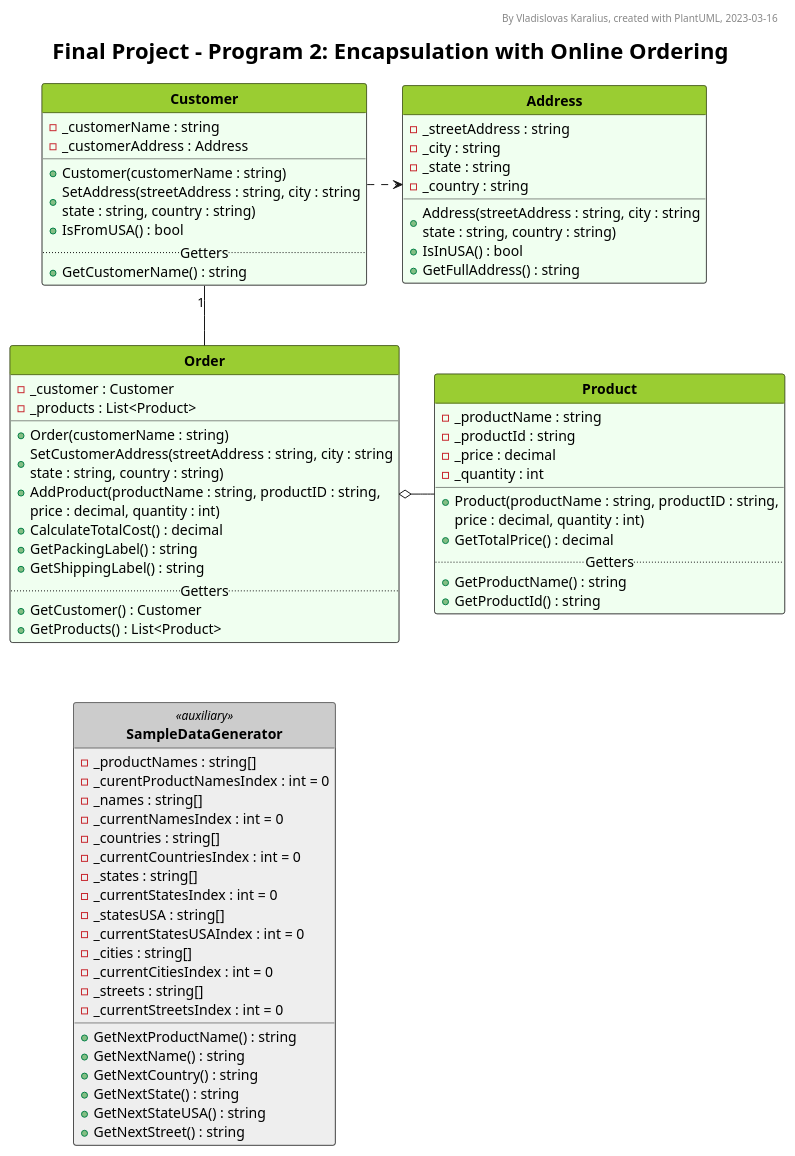
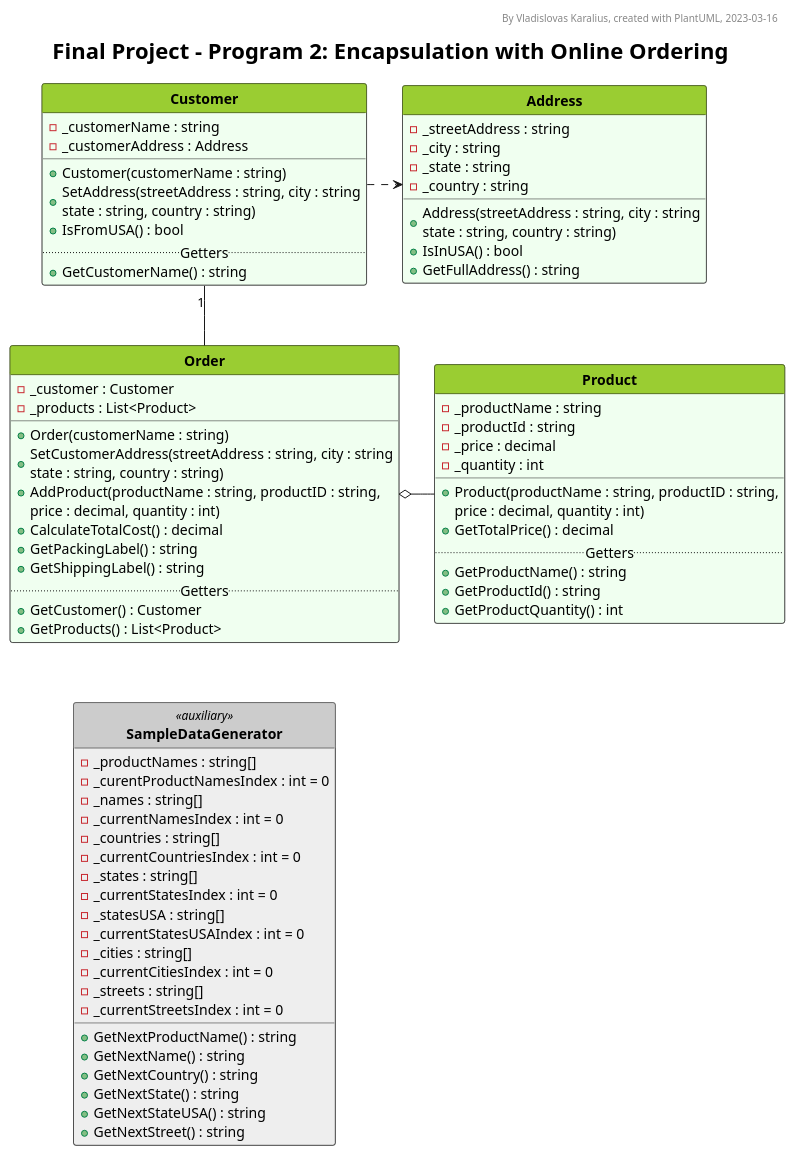
Before and after one commit to VladKaralius/cse210-projects: the diagram in final/Foundation2/UML_diagram.pu, drawn with PlantUML. The commit also changed 3 other files, not shown here.

```diff
--- a/final/Foundation2/UML_diagram.pu
+++ b/final/Foundation2/UML_diagram.pu
@@ -1,168 +1,169 @@
 @startuml UML_diagram
 
 '--Formatting options--
 hide circle
 hide empty members
 'skinparam classAttributeIconSize 0
 skinparam style strictuml
 'skinparam groupInheritance 2
 'skinparam linetype ortho
 'skinparam Nodesep 15
 'skinparam Ranksep 25
 'left to right direction
 
 '--Styling--
 'skinparam BackgroundColor White/LightGreen
 skinparam TitleFontSize 22
 
 <style>
 classDiagram {
   class {
     '-attributes and methods-
     'FontSize 14
     'FontColor black
     'BackgroundColor #fefece
     BackgroundColor #f0fff0
     'RoundCorner 0
     '-class name-
     header {
       'FontSize 12
       'FontColor Black
       FontStyle bold
       BackgroundColor YellowGreen
     }
     
     ' Alternative class style 1
     .style1 {
       BackgroundColor Bisque
       header {
         BackgroundColor Orange
       }
     }
 
     ' Alternative class style 2
     .auxiliary {
       BackgroundColor #eeeeee
       header {
         BackgroundColor #cccccc
       }
     }
   }
   note {
     BackgroundColor Yellow
   }
   legend {
     FontSize 18
   }
 </style>
 
 '--Header, title, caption--
 header By Vladislovas Karalius, created with PlantUML, 2023-03-16
 title Final Project - Program 2: Encapsulation with Online Ordering
 'caption <:warning:>Constructors without parameters are not shown in this diagram
 
 ' Dummy class that explains visibility symbols
 ' class Markers #dddddd {
 ' Attributes
 ' ..
 ' - private
 ' # protected
 ' + public
 ' {static} static
 ' --
 ' Methods
 ' ..
 ' - private()
 ' # protected()
 ' + public()
 ' {static} static()
 ' }
 
 '--Main--
 class Order {
   - _customer : Customer
   - _products : List<Product> 
   __
   + Order(customerName : string)
   + SetCustomerAddress(streetAddress : string, city : string\nstate : string, country : string)
   + AddProduct(productName : string, productID : string,
     price : decimal, quantity : int)
   + CalculateTotalCost() : decimal
   + GetPackingLabel() : string
   + GetShippingLabel() : string
   ..Getters..
   + GetCustomer() : Customer
   + GetProducts() : List<Product>
 }
 
 class Product {
   - _productName : string
   - _productId : string
   - _price : decimal
   - _quantity : int
   __
   + Product(productName : string, productID : string,
     price : decimal, quantity : int)
   + GetTotalPrice() : decimal
   ..Getters..
   + GetProductName() : string
   + GetProductId() : string
+  + GetProductQuantity() : int
 }
 
 class Customer {
 - _customerName : string
 - _customerAddress : Address
 __
 + Customer(customerName : string)
 + SetAddress(streetAddress : string, city : string\nstate : string, country : string)
 + IsFromUSA() : bool
 ..Getters..
 + GetCustomerName() : string
 }
 
 class Address {
   - _streetAddress : string
   - _city : string
   - _state : string
   - _country : string
   + Address(streetAddress : string, city : string\nstate : string, country : string)
   + IsInUSA() : bool
   + GetFullAddress() : string
 }
 
 class SampleDataGenerator <<auxiliary>> {
   - _productNames : string[]
   - _curentProductNamesIndex : int = 0
   - _names : string[]
   - _currentNamesIndex : int = 0
   - _countries : string[]
   - _currentCountriesIndex : int = 0
   - _states : string[]
   - _currentStatesIndex : int = 0
   - _statesUSA : string[]
   - _currentStatesUSAIndex : int = 0
   - _cities : string[]
   - _currentCitiesIndex : int = 0
   - _streets : string[]
   - _currentStreetsIndex : int = 0
   + GetNextProductName() : string
   + GetNextName() : string
   + GetNextCountry() : string
   + GetNextState() : string
   + GetNextStateUSA() : string
   + GetNextStreet() : string
 }
 
 Order o- Product
 Customer "1" -- Order
 Customer .> Address
 Order .[hidden]. SampleDataGenerator
 
 '--Description--
 ' legend bottom
 ' <size:22>__**Core Requirements**__
 ' The program has one base class **Activity**. This class contains the attributes and methods
 ' that are common to all activities. Certain functions are put into separate classes as follows:
 ' endlegend
 
 @enduml
```
